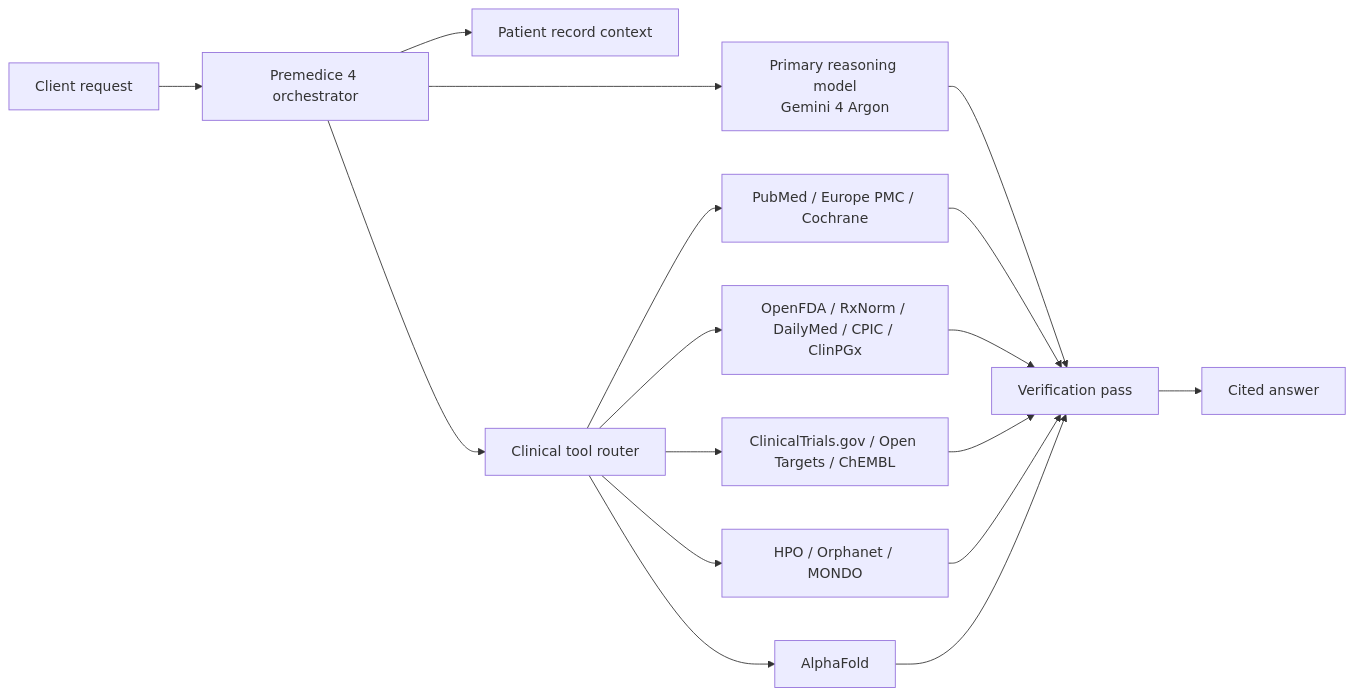
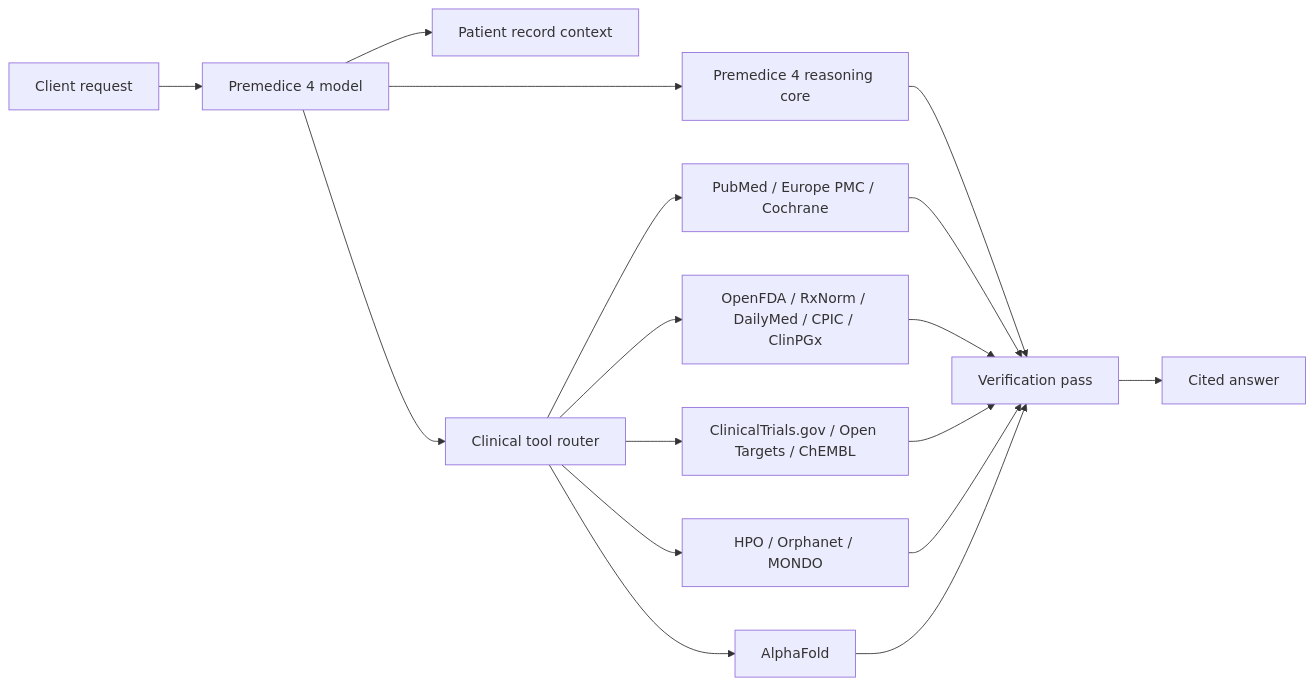
The diagram in README.md (Pakakothaproject/premedice-4), drawn with Mermaid before and after one commit. The commit also changed other lines of this file and 2 other files, not shown here.

Commit message:
docs: remove upstream model references

````diff
--- a/README.md
+++ b/README.md
@@ -66,19 +64,19 @@
 ```mermaid
 flowchart LR
-  U[Client request] --> O[Premedice 4 orchestrator]
-  O --> P[Primary reasoning model<br/>Gemini 4 Argon]
+  U[Client request] --> O[Premedice 4 model]
+  O --> M[Premedice 4 reasoning core]
   O --> R[Patient record context]
   O --> T[Clinical tool router]
   T --> L[PubMed / Europe PMC / Cochrane]
   T --> D[OpenFDA / RxNorm / DailyMed / CPIC / ClinPGx]
   T --> C[ClinicalTrials.gov / Open Targets / ChEMBL]
   T --> H[HPO / Orphanet / MONDO]
   T --> A[AlphaFold]
-  P --> V[Verification pass]
+  M --> V[Verification pass]
   L --> V
   D --> V
   C --> V
   H --> V
   A --> V
   V --> S[Cited answer]
 ```
````
